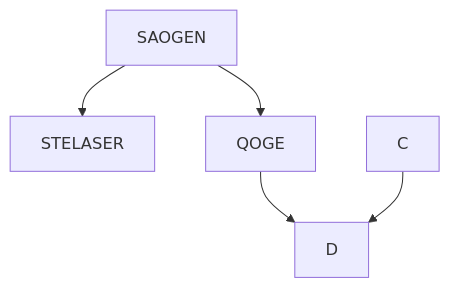
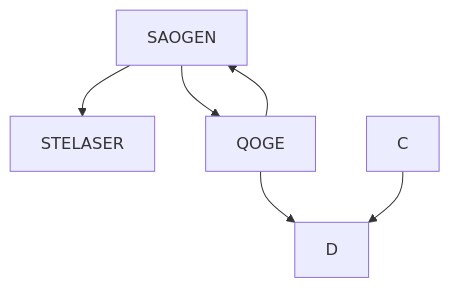
The diagram in README.md (iondns/SAOGEN), drawn with Mermaid before and after one commit.

````diff
--- a/README.md
+++ b/README.md
@@ -71,7 +71,8 @@
 ```mermaid
 graph TD;
     SAOGEN-->STELASER;
     SAOGEN-->QOGE;
+    QOGE-->SAOGEN;
     QOGE-->D;
     C-->D;
 ```
````
